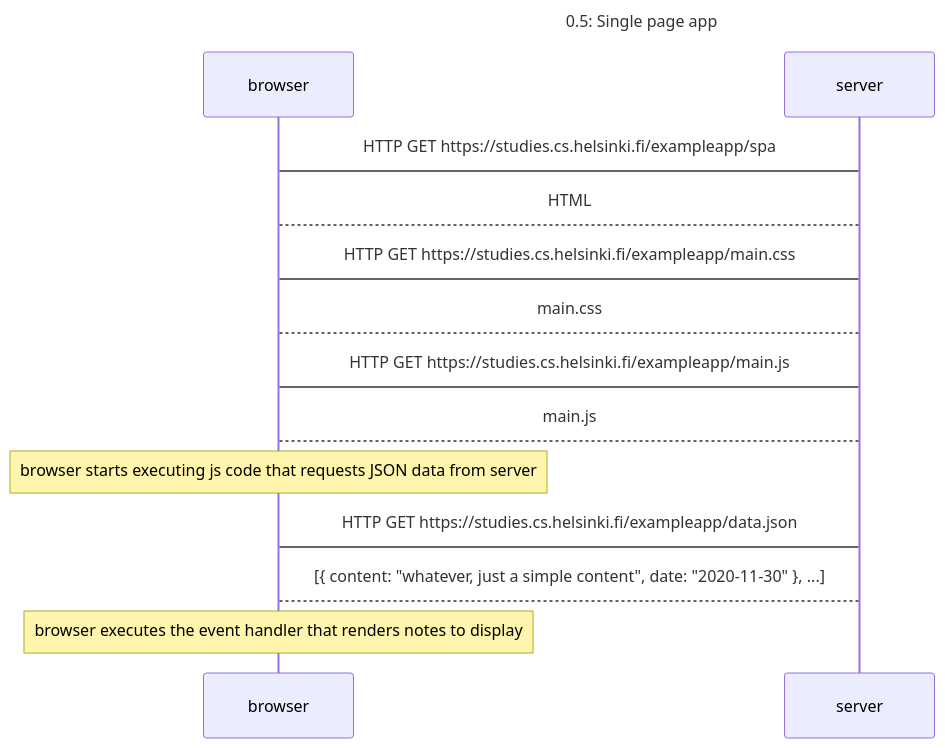
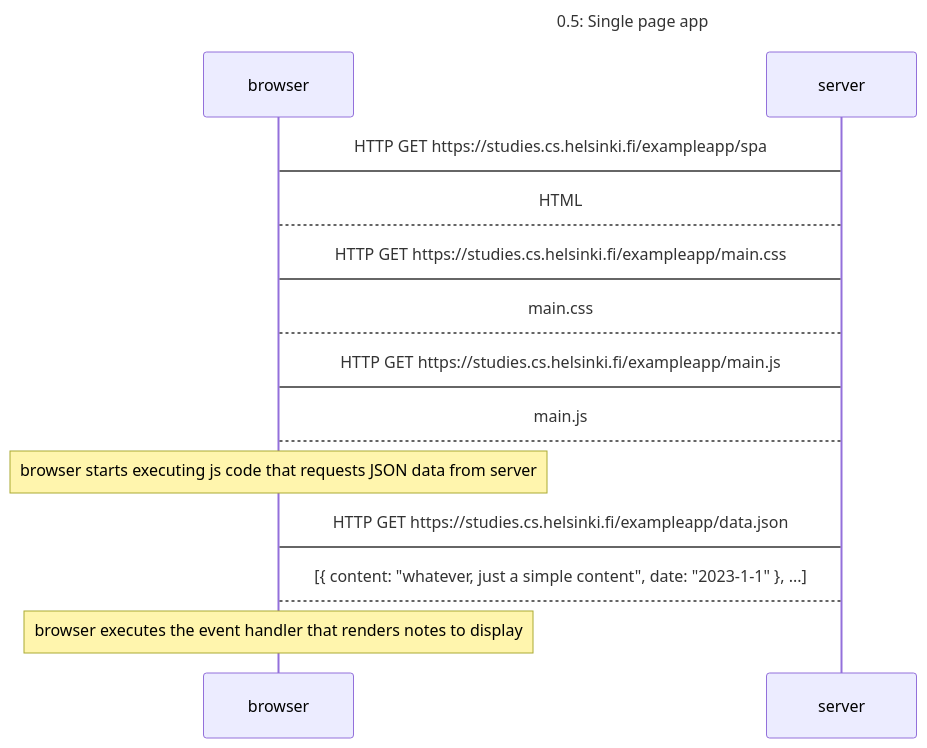
Before and after one commit to long0901/Full-Stack-Exercises: the diagram in part0/0.5.md, drawn with Mermaid. The commit also changed 1 other file, not shown here.

Commit message:
update part0

````diff
--- a/part0/0.5.md
+++ b/part0/0.5.md
@@ -3,18 +3,18 @@
 ```mermaid
 sequenceDiagram
     Title: 0.5: Single page app
 
     browser->server: HTTP GET https://studies.cs.helsinki.fi/exampleapp/spa
     server-->browser: HTML
     browser->server: HTTP GET https://studies.cs.helsinki.fi/exampleapp/main.css
     server-->browser: main.css
     browser->server: HTTP GET https://studies.cs.helsinki.fi/exampleapp/main.js
     server-->browser: main.js
 
     note over browser: browser starts executing js code that requests JSON data from server
 
     browser->server: HTTP GET https://studies.cs.helsinki.fi/exampleapp/data.json
-    server-->browser: [{ content: "whatever, just a simple content", date: "2020-11-30" }, ...]
+    server-->browser: [{ content: "whatever, just a simple content", date: "2023-1-1" }, ...]
 
     note over browser: browser executes the event handler that renders notes to display
 ```
````
